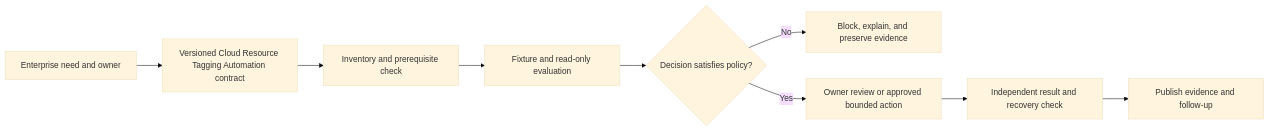
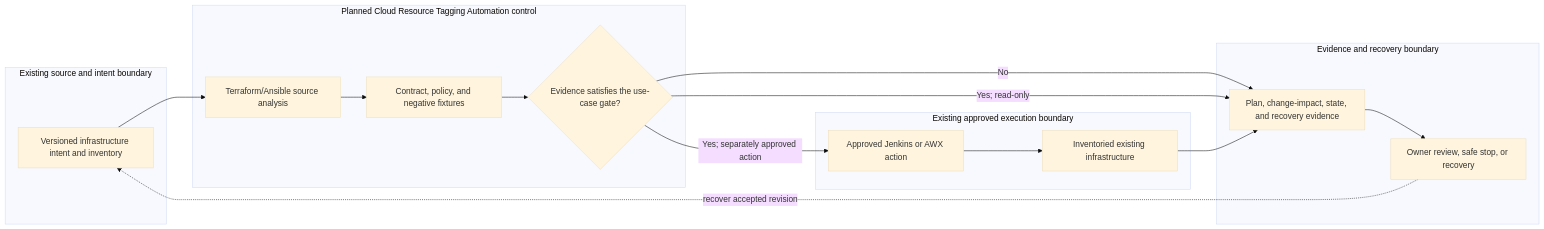
The diagram in docs/use-cases/infrastructure/UC-INFRA-008-cloud-resource-tagging-automation.md (MIDHTECH/enterprise-architecture-docs), drawn with Mermaid (base theme) before and after one commit. The commit also changed other lines of this file and 227 other files, not shown here.

Commit message:
Deepen architecture for all use case designs

````diff
--- a/docs/use-cases/infrastructure/UC-INFRA-008-cloud-resource-tagging-automation.md
+++ b/docs/use-cases/infrastructure/UC-INFRA-008-cloud-resource-tagging-automation.md
@@ -136,11 +129,25 @@
 ```mermaid
 flowchart LR
-    Need["Enterprise need and owner"] --> Contract["Versioned Cloud Resource Tagging Automation contract"]
-    Contract --> Preflight["Inventory and prerequisite check"]
-    Preflight --> Evaluate["Fixture and read-only evaluation"]
-    Evaluate --> Decision{"Decision satisfies policy?"}
-    Decision -->|No| Stop["Block, explain, and preserve evidence"]
-    Decision -->|Yes| Review["Owner review or approved bounded action"]
-    Review --> Verify["Independent result and recovery check"]
-    Verify --> Publish["Publish evidence and follow-up"]
+    subgraph Source["Existing source and intent boundary"]
+        A["Versioned infrastructure intent and inventory"]
+    end
+    subgraph Planned["Planned Cloud Resource Tagging Automation control"]
+        B["Terraform/Ansible source analysis"]
+        C["Contract, policy, and negative fixtures"]
+        D{"Evidence satisfies the use-case gate?"}
+    end
+    subgraph Runtime["Existing approved execution boundary"]
+        E["Approved Jenkins or AWX action"]
+        F["Inventoried existing infrastructure"]
+    end
+    subgraph Assurance["Evidence and recovery boundary"]
+        G["Plan, change-impact, state, and recovery evidence"]
+        H["Owner review, safe stop, or recovery"]
+    end
+
+    A --> B --> C --> D
+    D -->|No| G --> H
+    D -->|Yes; read-only| G
+    D -->|Yes; separately approved action| E --> F --> G
+    H -. recover accepted revision .-> A
 ```
````
